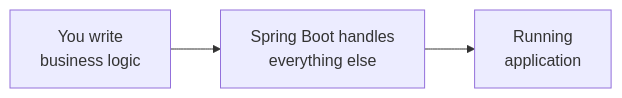
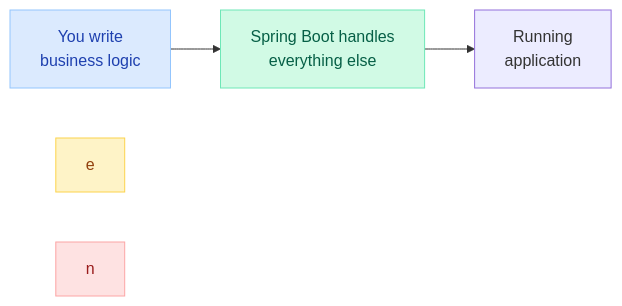
The first of 6 diagrams in docs/springboot/introduction.md (saivamsikaruturi/vamsilabs-dev-notes-main), drawn with Mermaid before and after one commit. The commit also changed other lines of this file and 220 other files, not shown here.

First line of the commit message:
Add 50+ new Java/Spring Boot pages, rewrite CSS code blocks to Oracle style, fix all diagram colors

````diff
--- a/docs/springboot/introduction.md
+++ b/docs/springboot/introduction.md
@@ -5,5 +5,10 @@
 ```mermaid
 flowchart LR
     A["You write<br/>business logic"] --> B["Spring Boot handles<br/>everything else"]
     B --> C["Running<br/>application"]
+
+    style A fill:#DBEAFE,stroke:#93C5FD,color:#1E40AF
+    style B fill:#D1FAE5,stroke:#6EE7B7,color:#065F46
+    style e fill:#FEF3C7,stroke:#FCD34D,color:#92400E
+    style n fill:#FEE2E2,stroke:#FCA5A5,color:#991B1B
 ```
````
